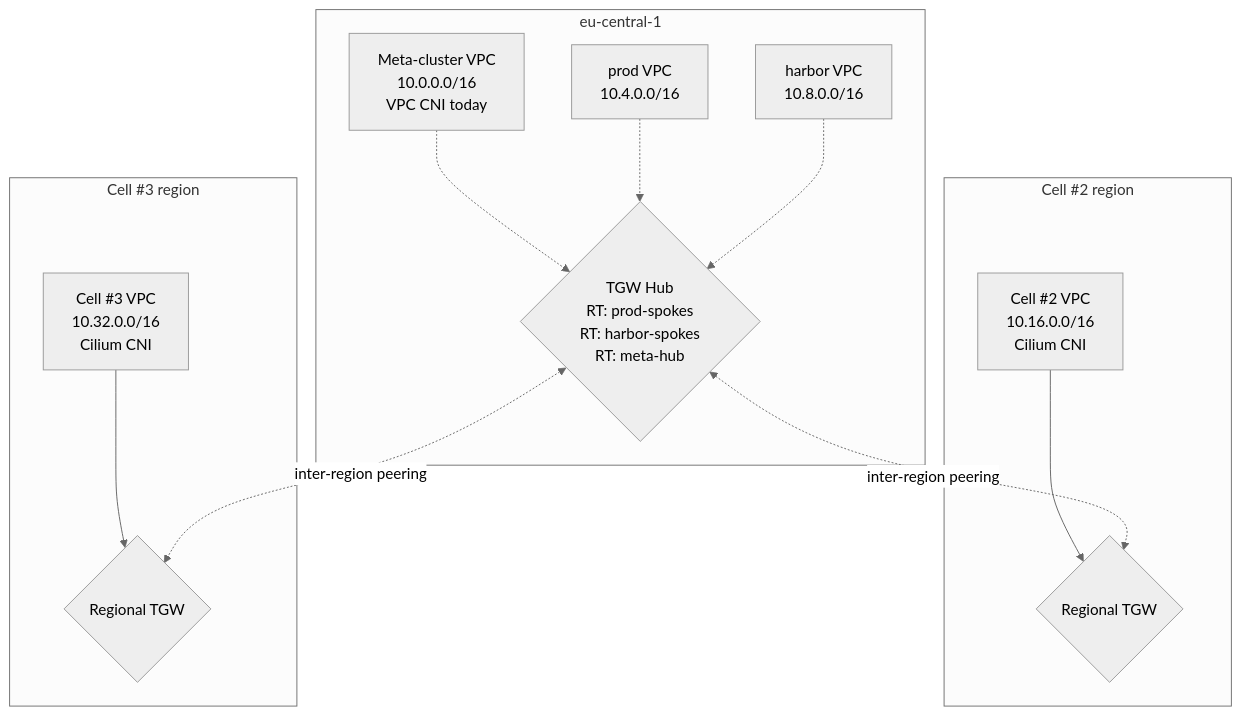
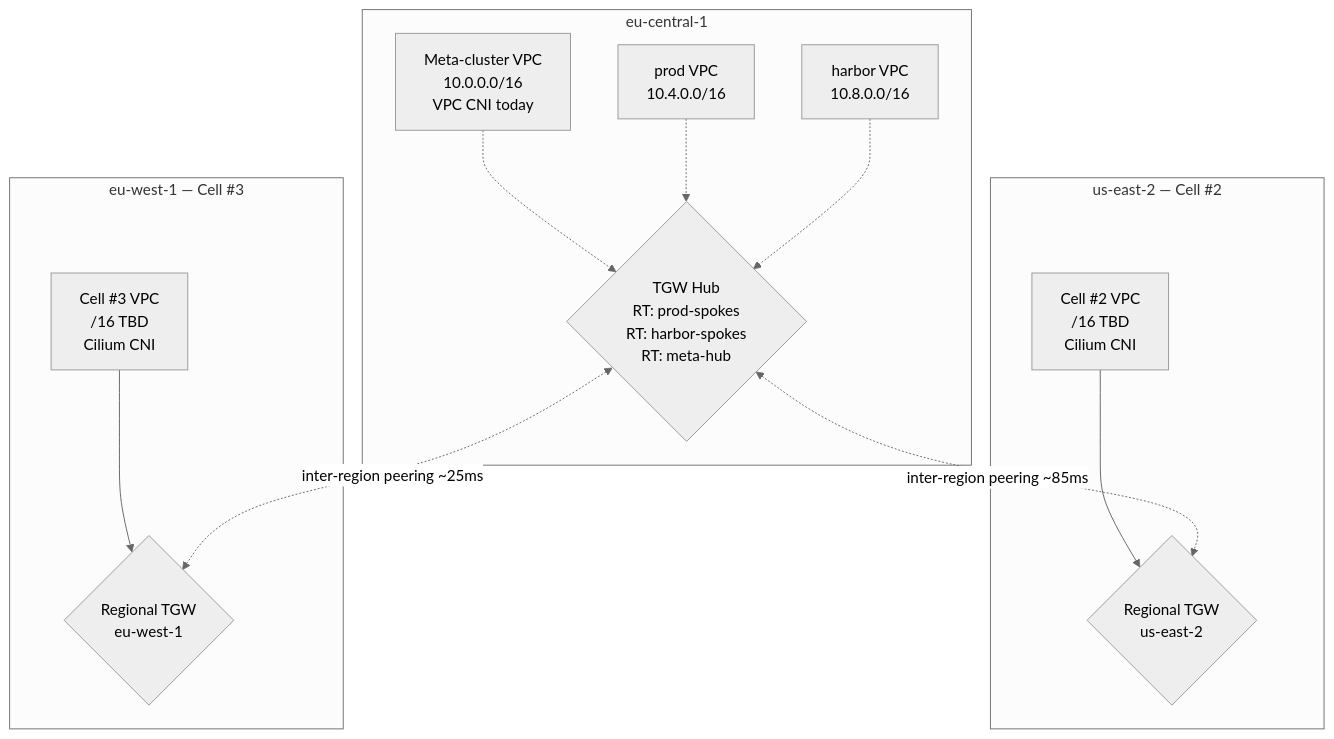
Before and after one commit to sei-protocol/sei-internal-skills: the third of 3 diagrams in design/high-level/meta-cluster-architecture.md, drawn with Mermaid (neutral theme). The commit also changed other lines of this file, not shown here.

Commit message:
docs(design/high-level): name cell #2 (us-east-2) and cell #3 (eu-west-1); fix CIDR budget arithmetic
Two changes:

1. Cells named: cell #2 in us-east-2, cell #3 in eu-west-1. Updated:
   - §4.1 component diagram subgraph labels
   - §4.3 network topology diagram with inter-region RTT annotations
     (us-east-2 ~85ms, eu-west-1 ~25ms)
   - §5 v1.5 phased rollout
   - Open Question 4 — regions resolved; archetype + chain assignment
     still open with latency context for the choice

2. CIDR budget /14 -> /12 (arithmetic correction).
   /14 = 4 /16s, which is insufficient for the named horizon (meta +
   harbor + cell #2 + cell #3 = 4 VPCs today with zero headroom).
   /12 = 16 /16s, comfortable headroom for ~12 future cells without
   bloating to /11. Carries through:
   - §4.3 network topology table
   - §5 v1 cheap one-way doors
   - §8 trade-offs

3. Added Open Question 8 for existing meta + harbor CIDR audit before
   allocating /16s to cells #2 and #3.

Threaded to #106 and #108.

````diff
--- a/design/high-level/meta-cluster-architecture.md
+++ b/design/high-level/meta-cluster-architecture.md
@@ -141,27 +141,27 @@
 ```mermaid
 graph TB
     subgraph Hub[eu-central-1]
         MetaVPC[Meta-cluster VPC<br/>10.0.0.0/16<br/>VPC CNI today]
         TGW{TGW Hub<br/>RT: prod-spokes<br/>RT: harbor-spokes<br/>RT: meta-hub}
         ProdVPC[prod VPC<br/>10.4.0.0/16]
         HarborVPC[harbor VPC<br/>10.8.0.0/16]
         MetaVPC -.->TGW
         ProdVPC -.->TGW
         HarborVPC -.->TGW
     end
 
-    subgraph CellRegion1[Cell #2 region]
-        Cell2VPC[Cell #2 VPC<br/>10.16.0.0/16<br/>Cilium CNI]
-        Cell2TGW{Regional TGW}
+    subgraph CellRegion1[us-east-2 — Cell #2]
+        Cell2VPC[Cell #2 VPC<br/>/16 TBD<br/>Cilium CNI]
+        Cell2TGW{Regional TGW<br/>us-east-2}
         Cell2VPC --> Cell2TGW
     end
 
-    subgraph CellRegion2[Cell #3 region]
-        Cell3VPC[Cell #3 VPC<br/>10.32.0.0/16<br/>Cilium CNI]
-        Cell3TGW{Regional TGW}
+    subgraph CellRegion2[eu-west-1 — Cell #3]
+        Cell3VPC[Cell #3 VPC<br/>/16 TBD<br/>Cilium CNI]
+        Cell3TGW{Regional TGW<br/>eu-west-1}
         Cell3VPC --> Cell3TGW
     end
 
-    TGW <-.inter-region peering.-> Cell2TGW
-    TGW <-.inter-region peering.-> Cell3TGW
+    TGW <-.inter-region peering ~85ms.-> Cell2TGW
+    TGW <-.inter-region peering ~25ms.-> Cell3TGW
 ```
````
